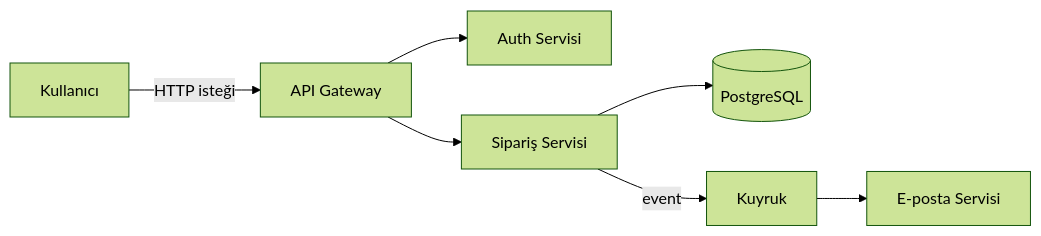
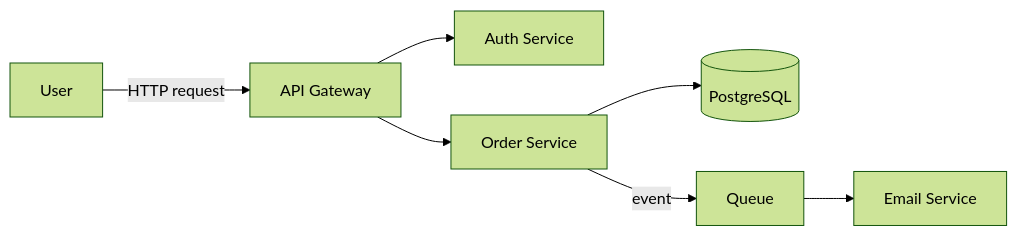
One commit to alialtunar/agent-skills changed the first of 3 diagrams in skills/codebase-explainer/references/diagram-guide.md. Above: the diagram before and after it, drawn with Mermaid (forest theme). The commit also changed other lines of this file and 3 other files, not shown here.

````diff
--- a/skills/codebase-explainer/references/diagram-guide.md
+++ b/skills/codebase-explainer/references/diagram-guide.md
@@ -20,9 +20,9 @@
 ```mermaid
 flowchart LR
-    User[Kullanıcı] -->|HTTP isteği| API[API Gateway]
-    API --> Auth[Auth Servisi]
-    API --> Orders[Sipariş Servisi]
+    User[User] -->|HTTP request| API[API Gateway]
+    API --> Auth[Auth Service]
+    API --> Orders[Order Service]
     Orders --> DB[(PostgreSQL)]
-    Orders -->|event| Queue[Kuyruk]
-    Queue --> Email[E-posta Servisi]
+    Orders -->|event| Queue[Queue]
+    Queue --> Email[Email Service]
 ```
````
